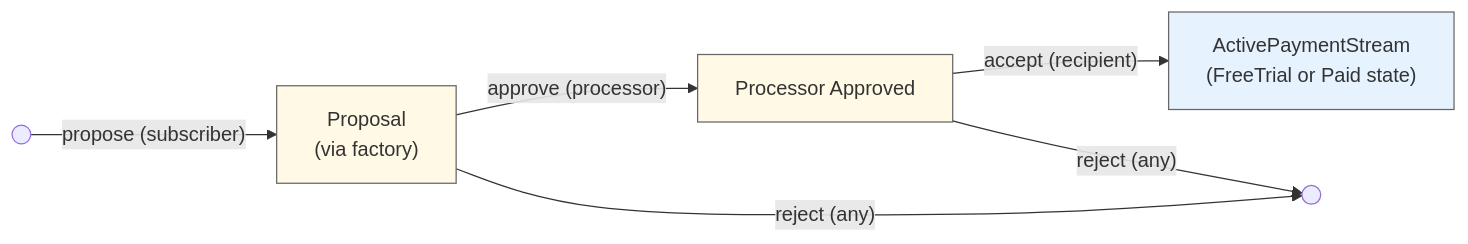
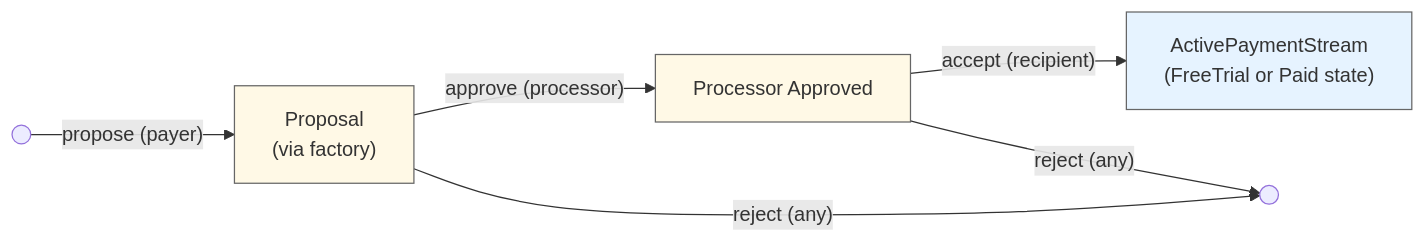
The first of 5 diagrams in CantonPayments/README.md (Fairmint/open-captable-protocol-daml), drawn with Mermaid before and after one commit. The commit also changed other lines of this file and 17 other files, not shown here.

````diff
--- a/CantonPayments/README.md
+++ b/CantonPayments/README.md
@@ -189,13 +189,13 @@
 ```mermaid
 flowchart LR
-    Start(( )) --> |"propose (subscriber)"|SP["Proposal<br>(via factory)"]
+    Start(( )) --> |"propose (payer)"|SP["Proposal<br>(via factory)"]
     SP -->|"approve (processor)"| PA[Processor Approved]
     SP -->|"reject (any)"| End(( ))
     PA -->|"accept (recipient)"| AS["ActivePaymentStream<br>(FreeTrial or Paid state)"]
     PA -->|"reject (any)"| End
     
     classDef proposal fill:#fff9e6,stroke:#666
     classDef active fill:#e6f3ff,stroke:#666
     class SP,PA proposal
     class AS active
 ```
````
